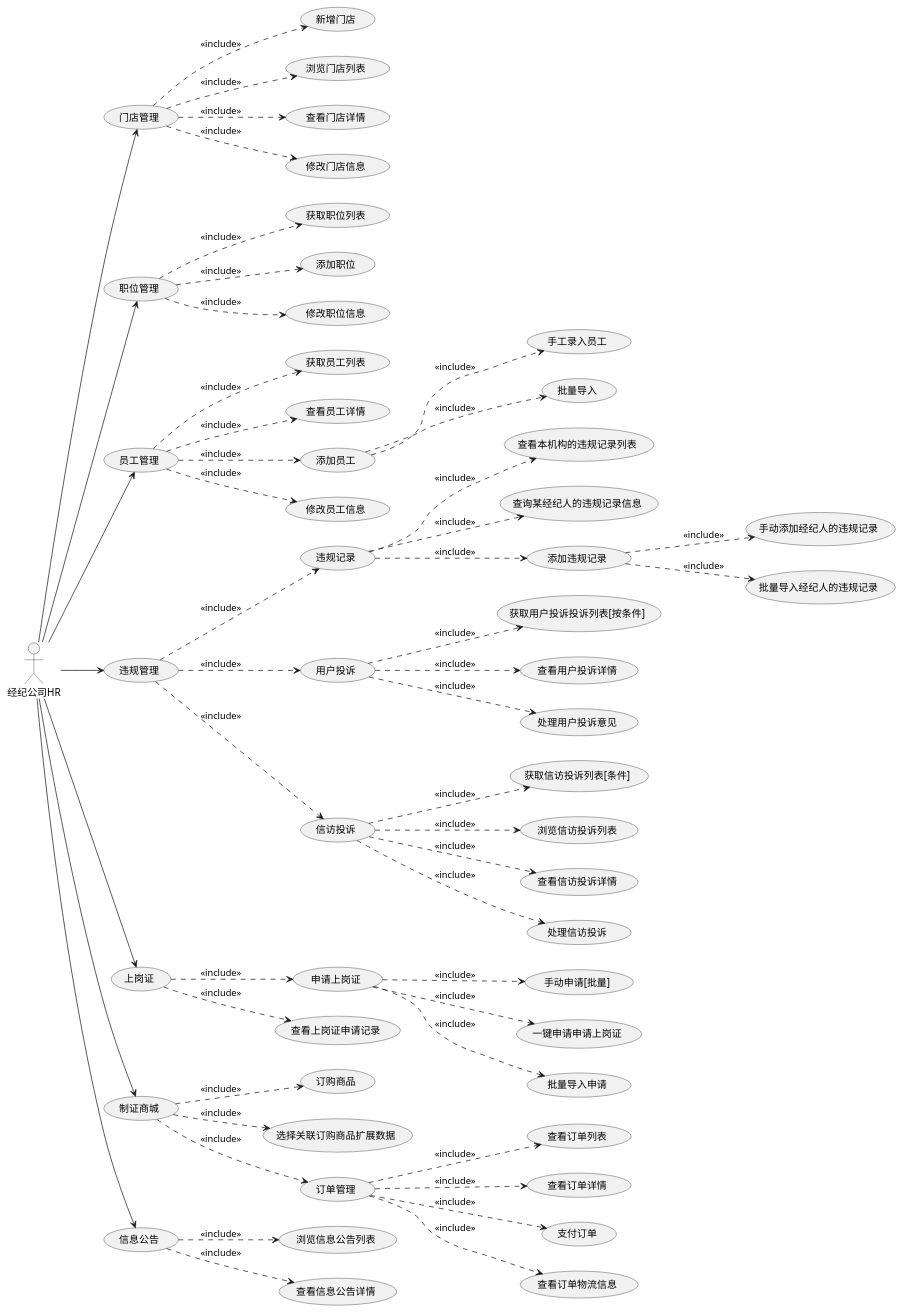
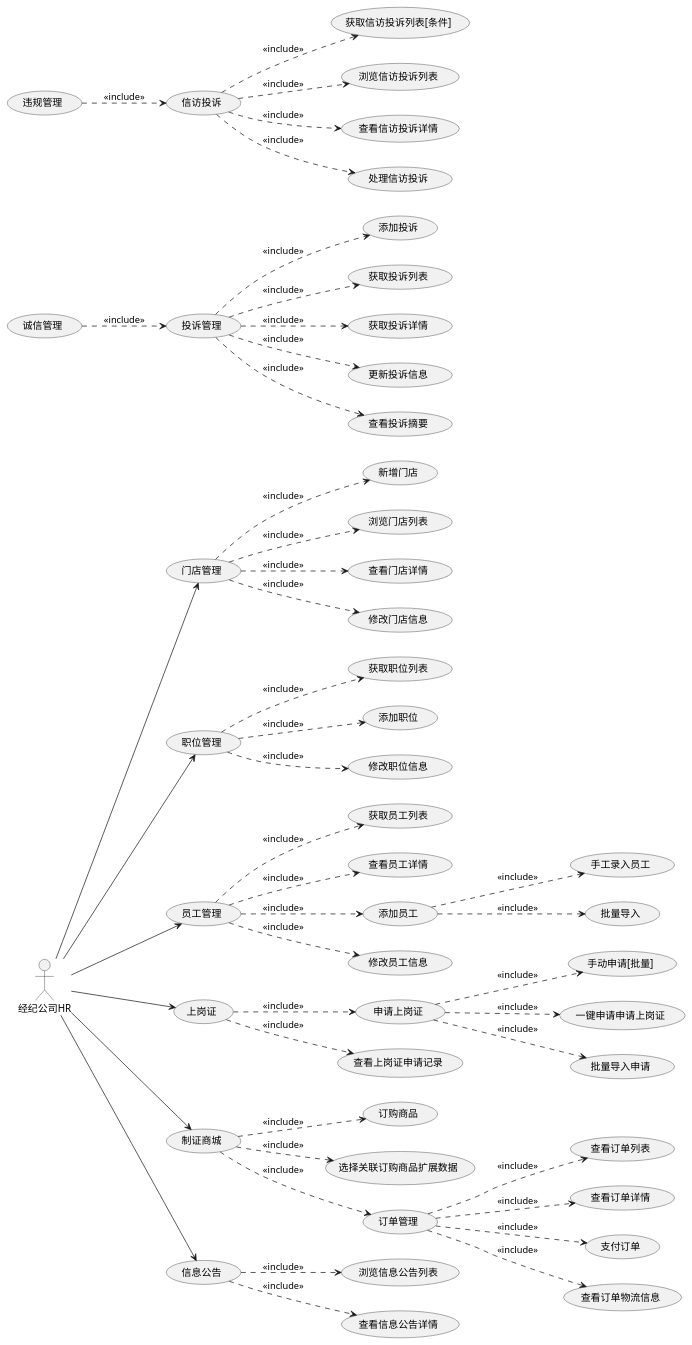
One commit to evildoerX/hyperledger-credit changed the seventh of 12 diagrams in docs/credit/README.md. Above: the diagram before and after it, drawn with PlantUML.

```diff
--- a/docs/credit/README.md
+++ b/docs/credit/README.md
@@ -344,52 +344,47 @@
 @startuml
 left to right direction
 经纪公司HR --> (门店管理)
 (门店管理) ..> (新增门店): <<include>>
 (门店管理) ..> (浏览门店列表): <<include>>
 (门店管理) ..> (查看门店详情): <<include>>
 (门店管理) ..> (修改门店信息): <<include>>
 经纪公司HR --> (职位管理)
 (职位管理) ..> (获取职位列表): <<include>>
 (职位管理) ..> (添加职位): <<include>>
 (职位管理) ..> (修改职位信息): <<include>>
 经纪公司HR --> (员工管理)
 (员工管理) ..> (获取员工列表): <<include>>
 (员工管理) ..> (查看员工详情): <<include>>
 (员工管理) ..> (添加员工): <<include>>
 (添加员工) ..> (手工录入员工): <<include>>
 (添加员工) ..> (批量导入): <<include>>
 (员工管理) ..> (修改员工信息): <<include>>
-经纪公司HR --> (违规管理)
-(违规管理) ..> (违规记录): <<include>>
-(违规记录) ..> (查看本机构的违规记录列表): <<include>>
-(违规记录) ..> (查询某经纪人的违规记录信息): <<include>>
-(违规记录) ..> (添加违规记录): <<include>>
-(添加违规记录) ..> (手动添加经纪人的违规记录): <<include>>
-(添加违规记录) ..> (批量导入经纪人的违规记录): <<include>>
-(违规管理) ..> (用户投诉): <<include>>
-(用户投诉) ..> (获取用户投诉投诉列表[按条件]): <<include>>
-(用户投诉) ..> (查看用户投诉详情): <<include>>
-(用户投诉) ..> (处理用户投诉意见): <<include>>
+(诚信管理) ..> (投诉管理): <<include>>
+(投诉管理) ..> (添加投诉): <<include>>
+(投诉管理) ..> (获取投诉列表): <<include>>
+(投诉管理) ..> (获取投诉详情): <<include>>
+(投诉管理) ..> (更新投诉信息): <<include>>
+(投诉管理) ..> (查看投诉摘要): <<include>>
 (违规管理) ..> (信访投诉): <<include>>
 (信访投诉) ..> (获取信访投诉列表[条件]): <<include>>
 (信访投诉) ..> (浏览信访投诉列表): <<include>>
 (信访投诉) ..> (查看信访投诉详情): <<include>>
 (信访投诉) ..> (处理信访投诉): <<include>>
 经纪公司HR --> (上岗证)
 (上岗证) ..> (申请上岗证): <<include>>
 (申请上岗证) ..> (手动申请[批量]): <<include>>
 (申请上岗证) ..> (一键申请申请上岗证): <<include>>
 (申请上岗证) ..> (批量导入申请): <<include>>
 (上岗证) ..> (查看上岗证申请记录): <<include>>
 经纪公司HR --> (制证商城)
 (制证商城) ..> (订购商品): <<include>>
 (制证商城) ..> (选择关联订购商品扩展数据): <<include>>
 (制证商城) ..> (订单管理): <<include>>
 (订单管理) ..> (查看订单列表): <<include>>
 (订单管理) ..> (查看订单详情): <<include>>
 (订单管理) ..> (支付订单): <<include>>
 (订单管理) ..> (查看订单物流信息): <<include>>
 经纪公司HR --> (信息公告)
 (信息公告) ..> (浏览信息公告列表): <<include>>
 (信息公告) ..> (查看信息公告详情): <<include>>
 @enduml
```
